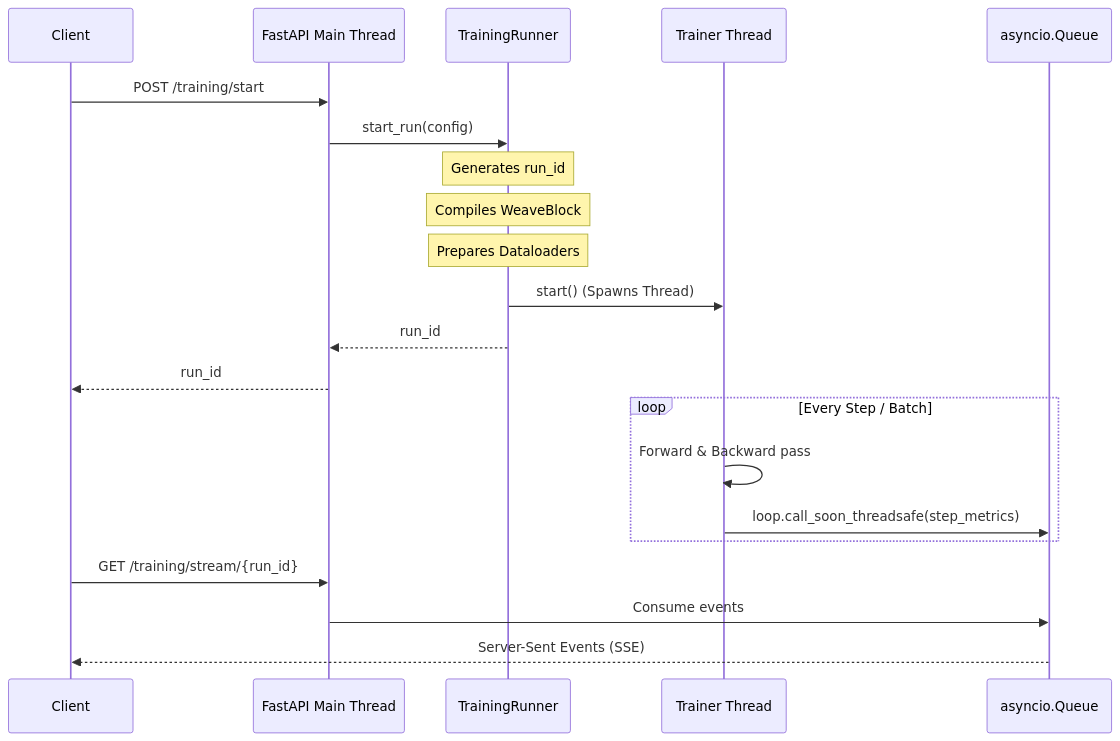
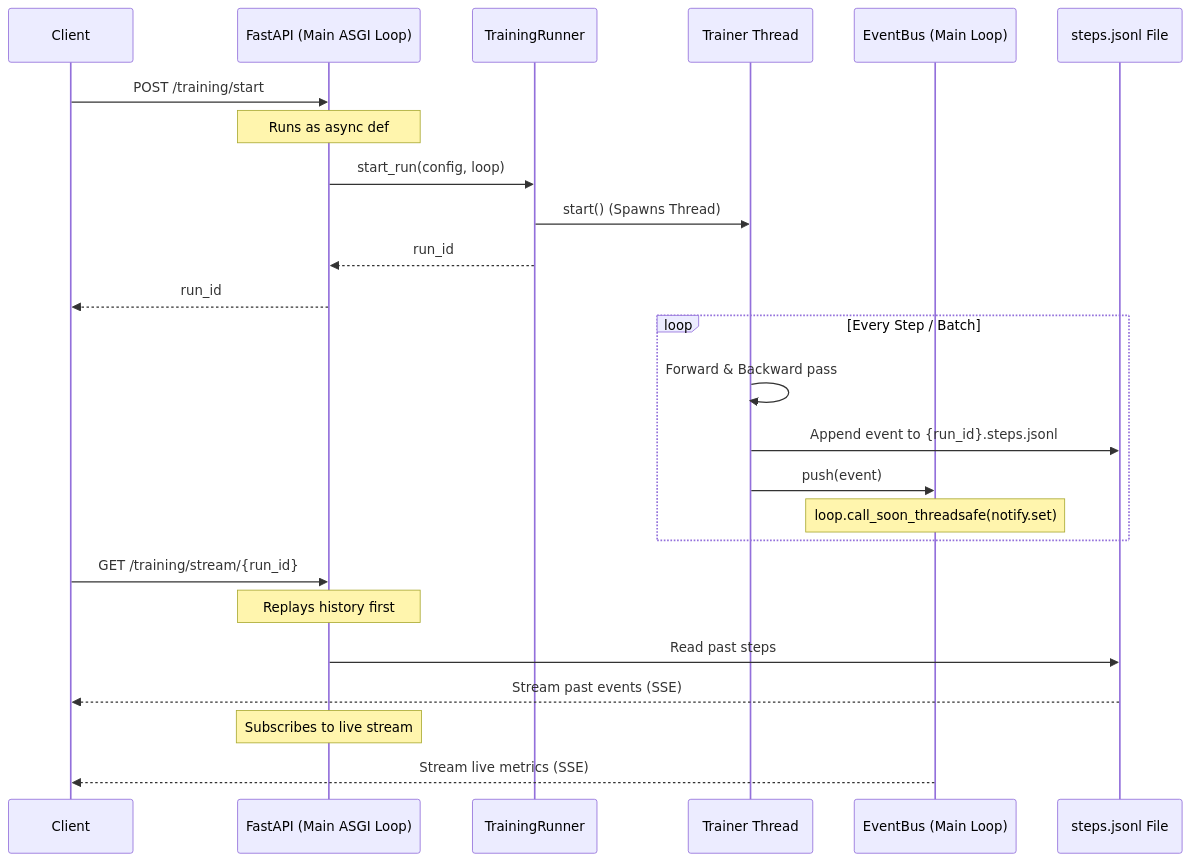
One commit to AhmedDawoud3/Weave changed the diagram in engine/docs/training/trainer.md. Above: the diagram before and after it, drawn with Mermaid. The commit also changed other lines of this file and 1 other file, not shown here.

Commit message:
docs: update training persistence to use JSONL for step metrics and document crash recovery and exception capture processes.

````diff
--- a/engine/docs/training/trainer.md
+++ b/engine/docs/training/trainer.md
@@ -7,26 +7,30 @@
 ```mermaid
 sequenceDiagram
     participant Client
-    participant API as FastAPI Main Thread
+    participant API as FastAPI (Main ASGI Loop)
     participant Runner as TrainingRunner
     participant Trainer as Trainer Thread
-    participant Queue as asyncio.Queue
+    participant Bus as EventBus (Main Loop)
+    participant Disk as steps.jsonl File
 
     Client->>API: POST /training/start
-    API->>Runner: start_run(config)
-    Note over Runner: Generates run_id
-    Note over Runner: Compiles WeaveBlock
-    Note over Runner: Prepares Dataloaders
+    Note over API: Runs as async def
+    API->>Runner: start_run(config, loop)
     Runner->>Trainer: start() (Spawns Thread)
     Runner-->>API: run_id
     API-->>Client: run_id
 
     loop Every Step / Batch
         Trainer->>Trainer: Forward & Backward pass
-        Trainer->>Queue: loop.call_soon_threadsafe(step_metrics)
+        Trainer->>Disk: Append event to {run_id}.steps.jsonl
+        Trainer->>Bus: push(event)
+        Note over Bus: loop.call_soon_threadsafe(notify.set)
     end
 
     Client->>API: GET /training/stream/{run_id}
-    API->>Queue: Consume events
-    Queue-->>Client: Server-Sent Events (SSE)
+    Note over API: Replays history first
+    API->>Disk: Read past steps
+    Disk-->>Client: Stream past events (SSE)
+    Note over API: Subscribes to live stream
+    Bus-->>Client: Stream live metrics (SSE)
 ```
````
